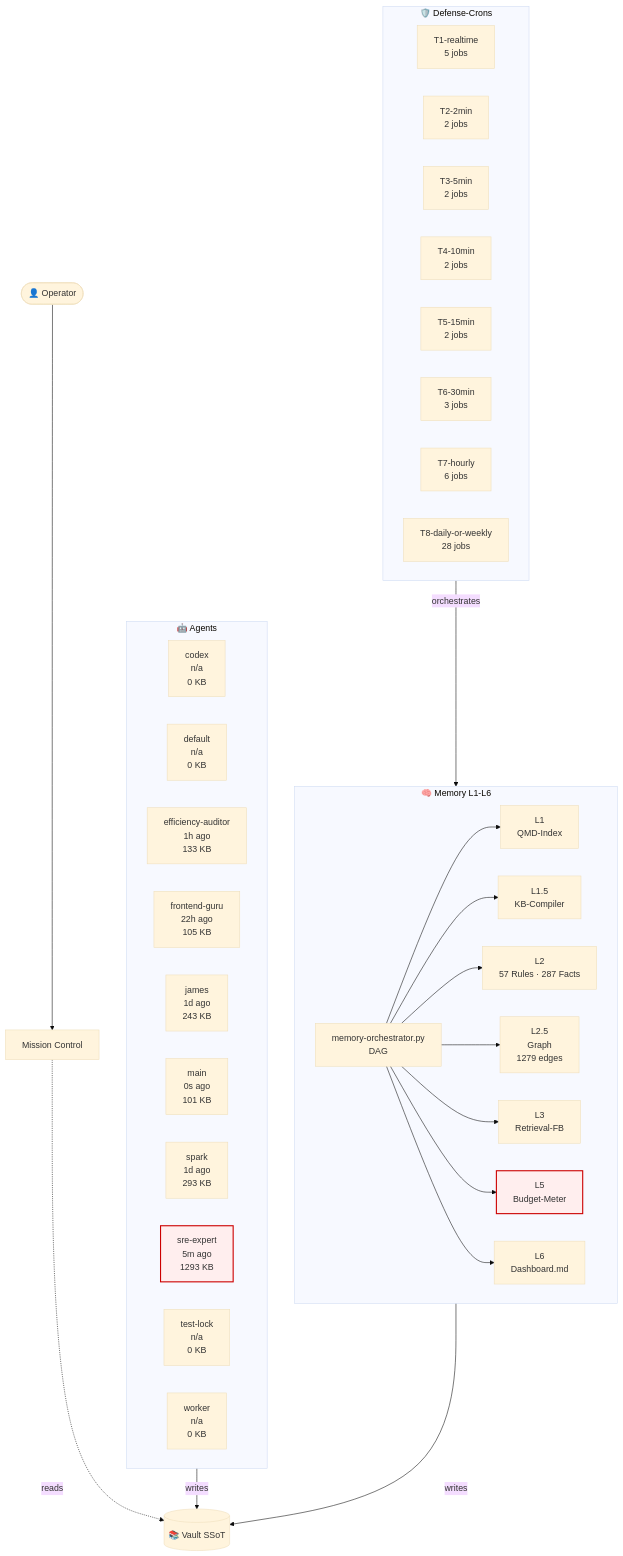
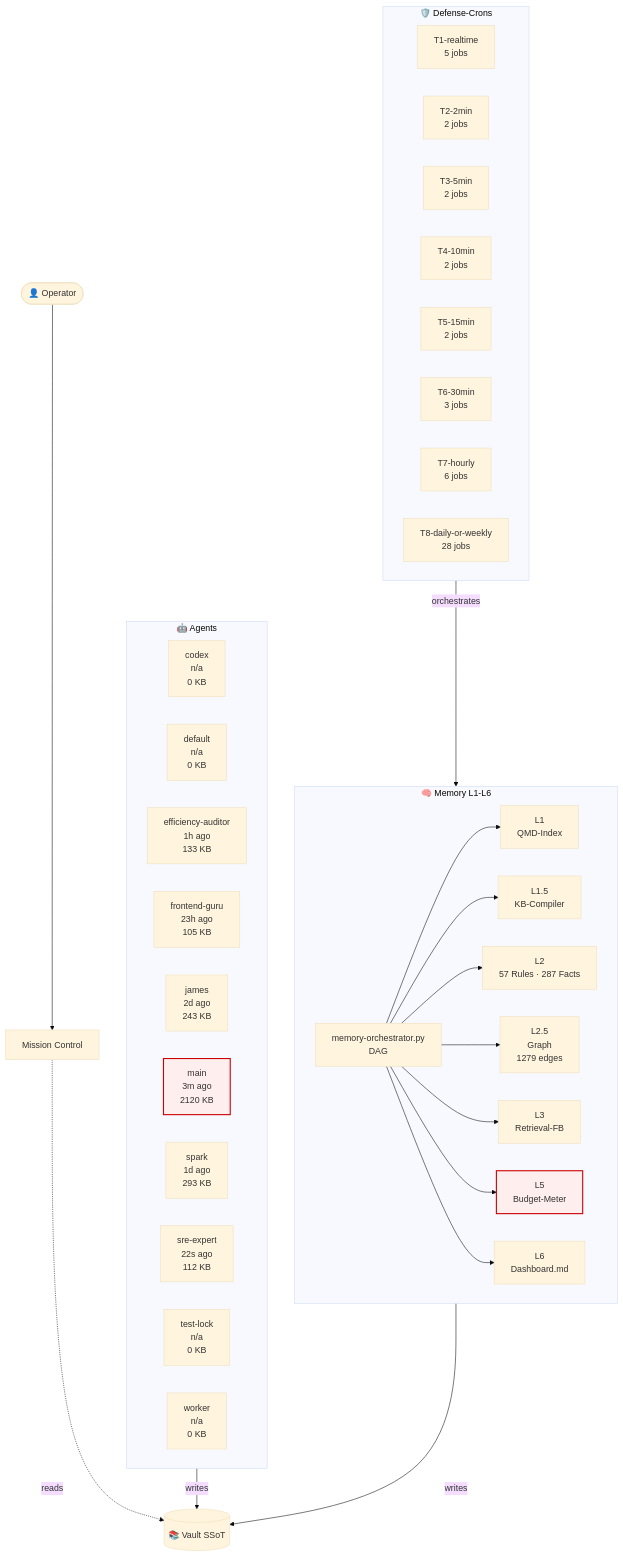
The diagram in 03-Agents/architecture-live.md (lenardhuebner88-rgb/openclaw-memory), drawn with Mermaid (base theme) before and after one commit. The commit also changed other lines of this file and 18 other files, not shown here.

````diff
--- a/03-Agents/architecture-live.md
+++ b/03-Agents/architecture-live.md
@@ -18,53 +18,53 @@
 ```mermaid
 flowchart TB
     classDef critical fill:#fee,stroke:#c00,stroke-width:2px;
     subgraph AGT["🤖 Agents"]
         agent_codex["codex<br/>n/a<br/>0 KB"]
         agent_default["default<br/>n/a<br/>0 KB"]
         agent_efficiency_auditor["efficiency-auditor<br/>1h ago<br/>133 KB"]
-        agent_frontend_guru["frontend-guru<br/>22h ago<br/>105 KB"]
-        agent_james["james<br/>1d ago<br/>243 KB"]
-        agent_main["main<br/>0s ago<br/>101 KB"]
+        agent_frontend_guru["frontend-guru<br/>23h ago<br/>105 KB"]
+        agent_james["james<br/>2d ago<br/>243 KB"]
+        agent_main["main<br/>3m ago<br/>2120 KB"]
         agent_spark["spark<br/>1d ago<br/>293 KB"]
-        agent_sre_expert["sre-expert<br/>5m ago<br/>1293 KB"]
+        agent_sre_expert["sre-expert<br/>22s ago<br/>112 KB"]
         agent_test_lock["test-lock<br/>n/a<br/>0 KB"]
         agent_worker["worker<br/>n/a<br/>0 KB"]
     end
     subgraph MEM["🧠 Memory L1-L6"]
         L1["L1<br/>QMD-Index"]
         L15["L1.5<br/>KB-Compiler"]
         L2["L2<br/>57 Rules · 287 Facts"]
         L25["L2.5<br/>Graph<br/>1279 edges"]
         L3["L3<br/>Retrieval-FB"]
         L5["L5<br/>Budget-Meter"]
         L6["L6<br/>Dashboard.md"]
         ORCH["memory-orchestrator.py<br/>DAG"]
     end
     subgraph CRN["🛡️ Defense-Crons"]
         tier_T1_realtime["T1-realtime<br/>5 jobs"]
         tier_T2_2min["T2-2min<br/>2 jobs"]
         tier_T3_5min["T3-5min<br/>2 jobs"]
         tier_T4_10min["T4-10min<br/>2 jobs"]
         tier_T5_15min["T5-15min<br/>2 jobs"]
         tier_T6_30min["T6-30min<br/>3 jobs"]
         tier_T7_hourly["T7-hourly<br/>6 jobs"]
         tier_T8_daily_or_weekly["T8-daily-or-weekly<br/>28 jobs"]
     end
     VAULT[("📚 Vault SSoT")]
     OP([👤 Operator])
     MC["Mission Control"]
     OP --> MC
     MC -.reads.-> VAULT
     AGT -->|writes| VAULT
     MEM -->|writes| VAULT
     ORCH --> L1
     ORCH --> L15
     ORCH --> L2
     ORCH --> L25
     ORCH --> L3
     ORCH --> L5
     ORCH --> L6
     CRN -->|orchestrates| MEM
     class L5 critical
-    class agent_sre_expert critical
+    class agent_main critical
 ```
````
